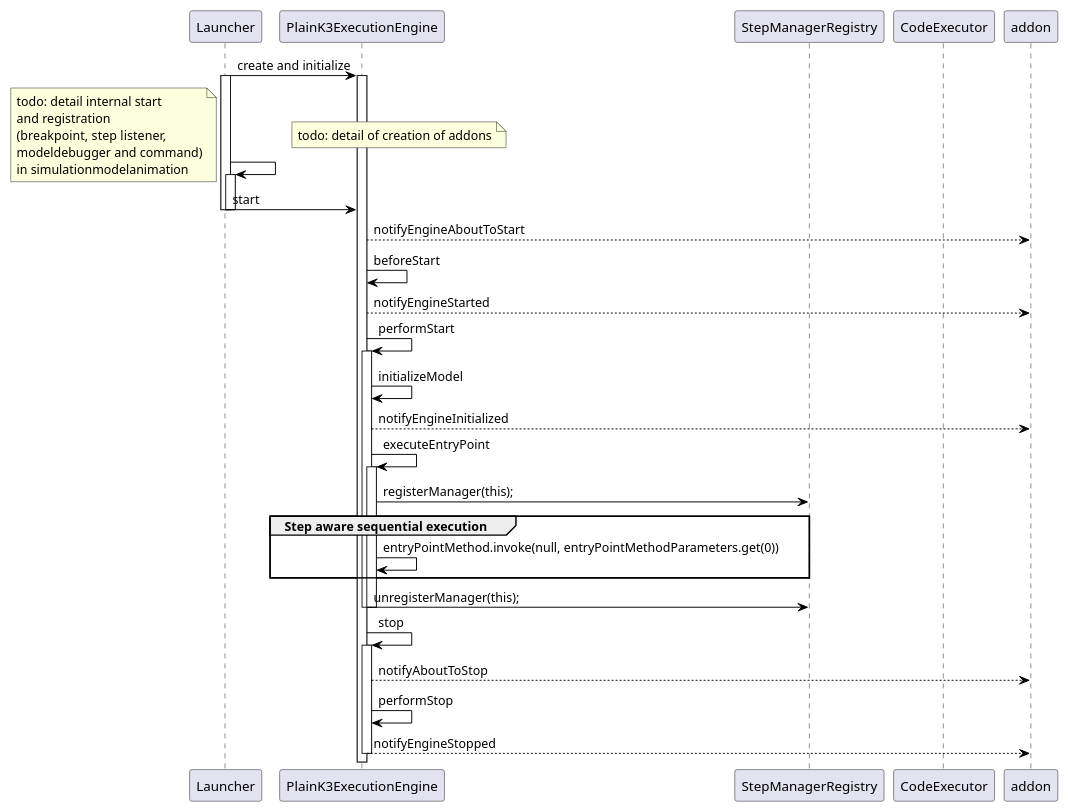
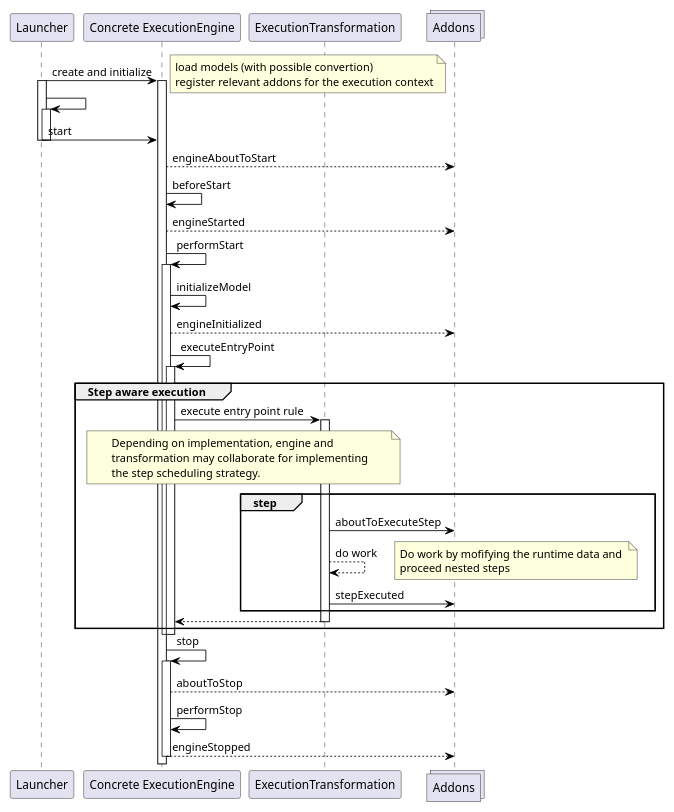
One commit to eclipse-gemoc/gemoc-studio-modeldebugging changed the diagram in framework/execution_framework/docs/dev/images/dev/ExecutionEngine_Typical_flow_SD.plantuml. Above: the diagram before and after it, drawn with PlantUML. The commit also changed 7 other files, not shown here.

```diff
--- a/framework/execution_framework/docs/dev/images/dev/ExecutionEngine_Typical_flow_SD.plantuml
+++ b/framework/execution_framework/docs/dev/images/dev/ExecutionEngine_Typical_flow_SD.plantuml
@@ -3,68 +3,77 @@
 @startuml
 skinparam class {
 	BackgroundColor White
 	ArrowColor Black
 	BorderColor Black
 }
 
 scale max 1024 width
 scale max 800 height
 
 participant Launcher
-participant PlainK3ExecutionEngine as Engine
-participant StepManagerRegistry
-participant CodeExecutor
-participant addon
+participant "Concrete ExecutionEngine" as Engine
+participant ExecutionTransformation
+collections Addons as addon
 
 
 Launcher -> Engine : create and initialize
 activate Engine
 
+note right
+	load models (with possible convertion)
+	register relevant addons for the execution context
+end note
+
 activate Launcher
 Launcher -> Launcher : 
 activate Launcher
-note right
-	todo: detail of creation of addons
-end note
 
-note left
-	todo: detail internal start 
-	and registration 
-	(breakpoint, step listener, 
-	modeldebugger and command)
-	in simulationmodelanimation
-end note
 Launcher -> Engine : start
 
 deactivate Launcher
 
 deactivate Launcher
 
-Engine --> addon : notifyEngineAboutToStart
+Engine --> addon : engineAboutToStart
 Engine -> Engine : beforeStart
-Engine --> addon : notifyEngineStarted
+Engine --> addon : engineStarted
 Engine -> Engine : performStart
 activate Engine 
 
 Engine -> Engine: initializeModel
-Engine --> addon: notifyEngineInitialized
+Engine --> addon: engineInitialized
 Engine -> Engine: executeEntryPoint
 
 activate Engine
-Engine -> StepManagerRegistry: registerManager(this);
  
-group Step aware sequential execution
-Engine -> Engine: entryPointMethod.invoke(null, entryPointMethodParameters.get(0))
+group Step aware execution
+	Engine -> ExecutionTransformation: execute entry point rule
+	activate ExecutionTransformation
+	note over Engine, ExecutionTransformation
+		Depending on implementation, engine and 
+		transformation may collaborate for implementing
+		the step scheduling strategy.
+	end note
+	group step
+	ExecutionTransformation -> addon: aboutToExecuteStep
+	ExecutionTransformation --> ExecutionTransformation : do work 
+		note right
+			Do work by mofifying the runtime data and 
+			proceed nested steps
+		end note
+	ExecutionTransformation -> addon: stepExecuted
+	end group
+	ExecutionTransformation --> Engine: 
+	deactivate ExecutionTransformation
 end
-Engine -> StepManagerRegistry: unregisterManager(this);
  
 deactivate Engine
 deactivate Engine
 Engine -> Engine : stop
 activate Engine
-Engine --> addon : notifyAboutToStop
+Engine --> addon : aboutToStop
 Engine -> Engine : performStop
-Engine --> addon : notifyEngineStopped
+Engine --> addon : engineStopped
 deactivate Engine
 
 @enduml
```
